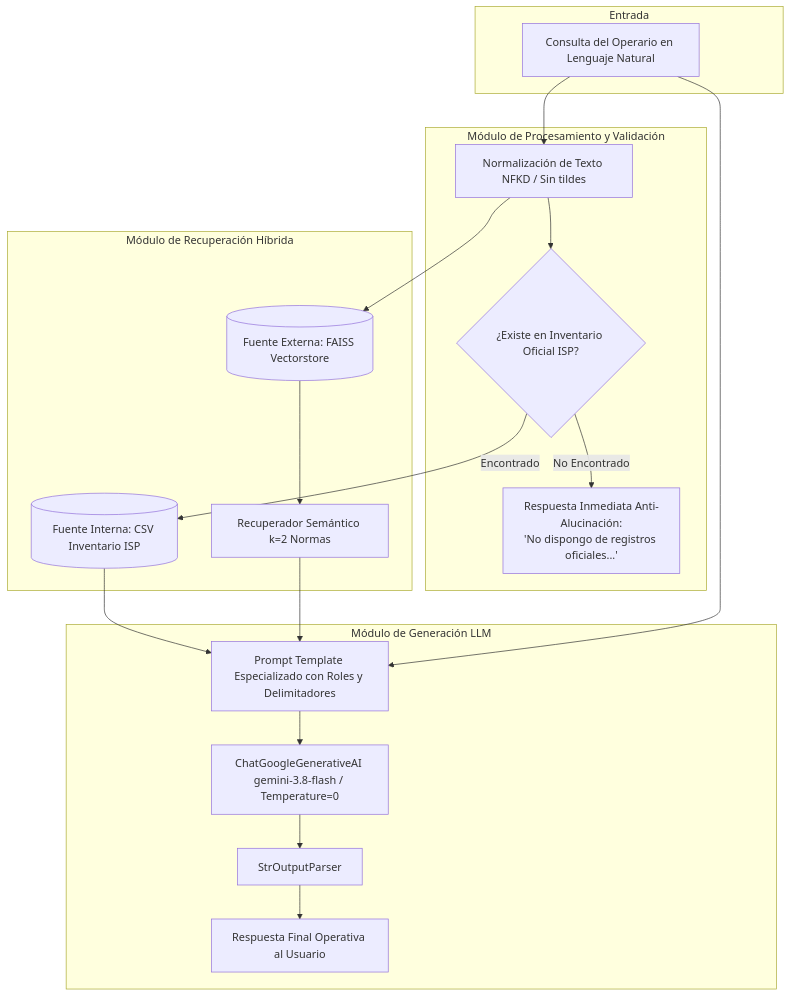
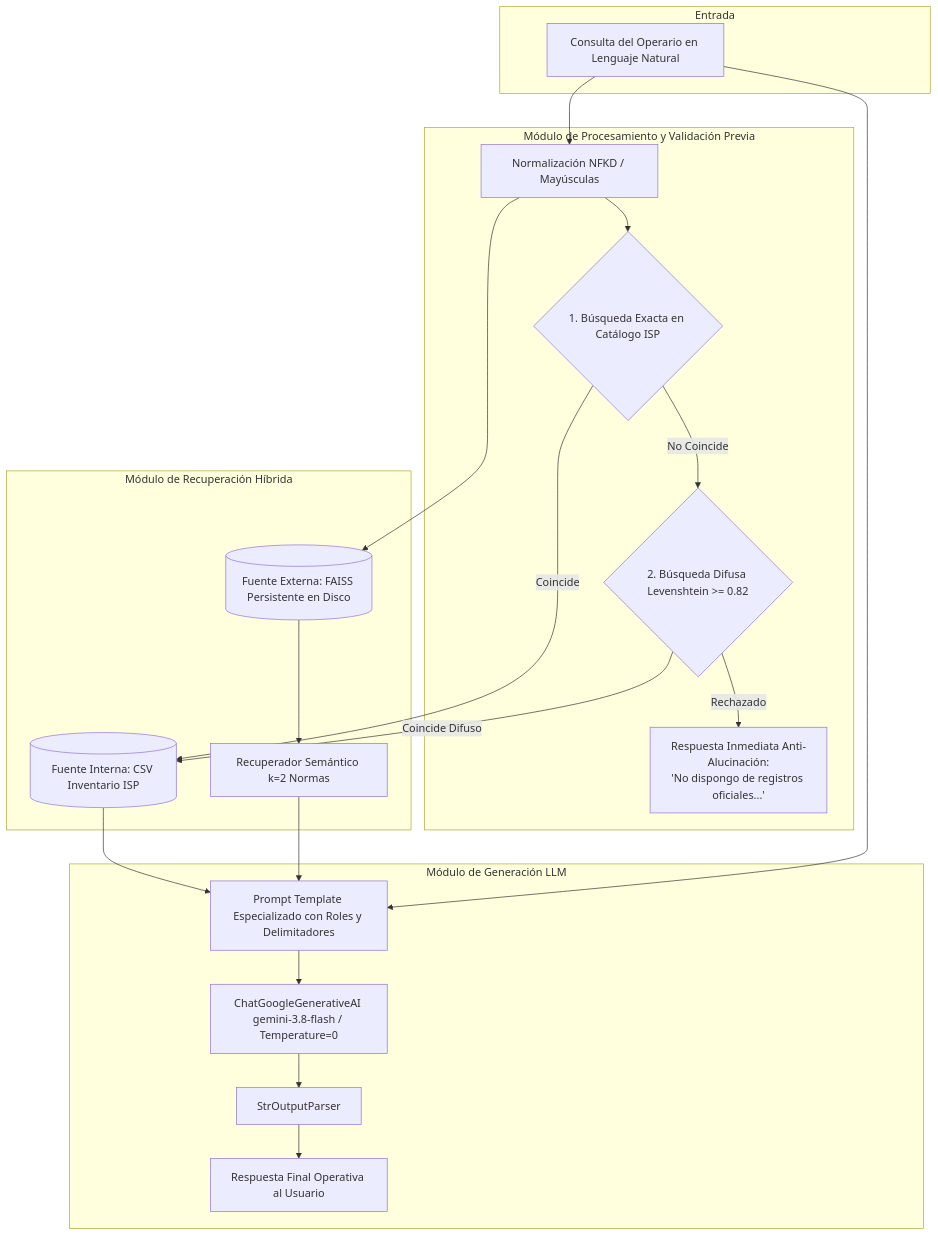
One commit to LarviNa/collab_farmacia changed the diagram in README.md. Above: the diagram before and after it, drawn with Mermaid. The commit also changed other lines of this file and 4 other files, not shown here.

````diff
--- a/README.md
+++ b/README.md
@@ -43,38 +44,41 @@
 ```mermaid
 flowchart TD
     subgraph Entrada
         A[Consulta del Operario en Lenguaje Natural]
     end
 
-    subgraph Modulo_Procesamiento [Módulo de Procesamiento y Validación]
-        B[Normalización de Texto NFKD / Sin tildes]
-        C{¿Existe en Inventario Oficial ISP?}
+    subgraph Modulo_Procesamiento [Módulo de Procesamiento y Validación Previa]
+        B[Normalización NFKD / Mayúsculas]
+        C{1. Búsqueda Exacta en Catálogo ISP}
+        C2{2. Búsqueda Difusa Levenshtein >= 0.82}
         G[Respuesta Inmediata Anti-Alucinación:\n'No dispongo de registros oficiales...']
     end
 
     subgraph Modulo_Recuperacion [Módulo de Recuperación Híbrida]
         D[(Fuente Interna: CSV Inventario ISP)]
-        E[(Fuente Externa: FAISS Vectorstore)]
+        E[(Fuente Externa: FAISS Persistente en Disco)]
         F[Recuperador Semántico k=2 Normas]
     end
 
     subgraph Modulo_Generacion [Módulo de Generación LLM]
         H[Prompt Template Especializado con Roles y Delimitadores]
         I[ChatGoogleGenerativeAI gemini-3.8-flash / Temperature=0]
         J[StrOutputParser]
         K[Respuesta Final Operativa al Usuario]
     end
 
     A --> B
     B --> C
-    C -- No Encontrado --> G
-    C -- Encontrado --> D
+    C -- Coincide --> D
+    C -- No Coincide --> C2
+    C2 -- Coincide Difuso --> D
+    C2 -- Rechazado --> G
     B --> E
     E --> F
     D --> H
     F --> H
     A --> H
     H --> I
     I --> J
     J --> K
 ```
````
